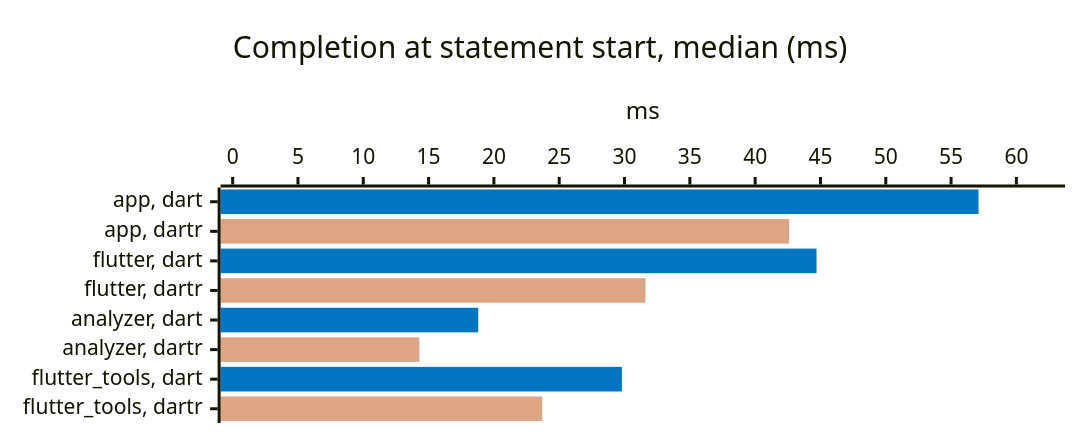
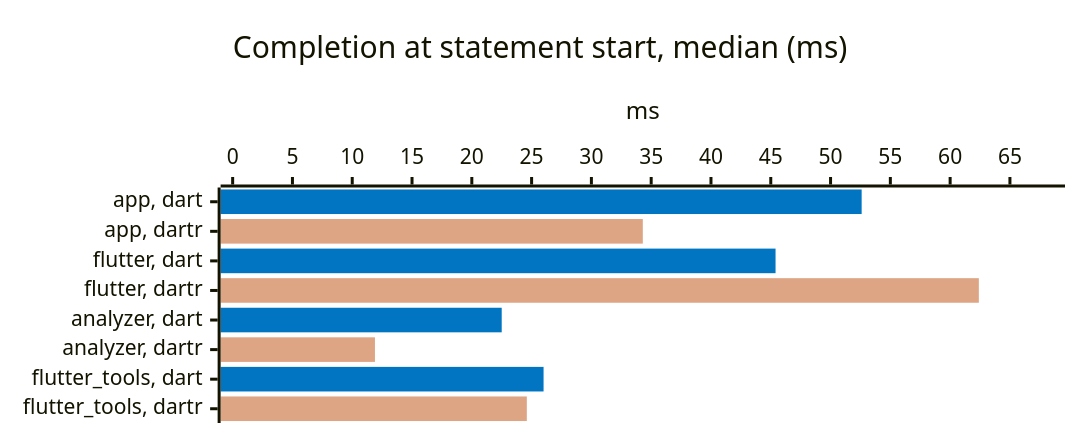
One commit to orestesgaolin/dartr changed the seventh of 15 diagrams in docs/BENCHMARKS.md. Above: the diagram before and after it, drawn with Mermaid. The commit also changed other lines of this file and 3 other files, not shown here.

````diff
--- a/docs/BENCHMARKS.md
+++ b/docs/BENCHMARKS.md
@@ -133,17 +133,17 @@
 ```mermaid
 ---
 config:
   xyChart:
     height: 272
   themeVariables:
     xyChart:
       plotColorPalette: "#0175C2, #DEA584"
 ---
 xychart-beta horizontal
     %% -100 = no bar: one series per measurement gives each its own color
     title "Completion at statement start, median (ms)"
     x-axis ["app, dart", "app, dartr", "flutter, dart", "flutter, dartr", "analyzer, dart", "analyzer, dartr", "flutter_tools, dart", "flutter_tools, dartr"]
-    y-axis "ms" 0 --> 62.8
-    bar [57.1, -100, 44.7, -100, 18.8, -100, 29.8, -100]
-    bar [-100, 42.6, -100, 31.6, -100, 14.3, -100, 23.7]
+    y-axis "ms" 0 --> 68.6
+    bar [52.6, -100, 45.4, -100, 22.5, -100, 26.0, -100]
+    bar [-100, 34.3, -100, 62.4, -100, 11.9, -100, 24.6]
 ```
````
